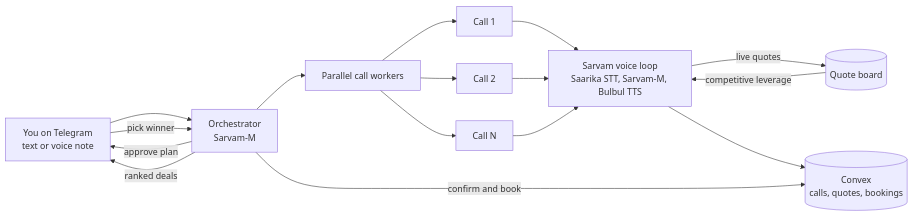
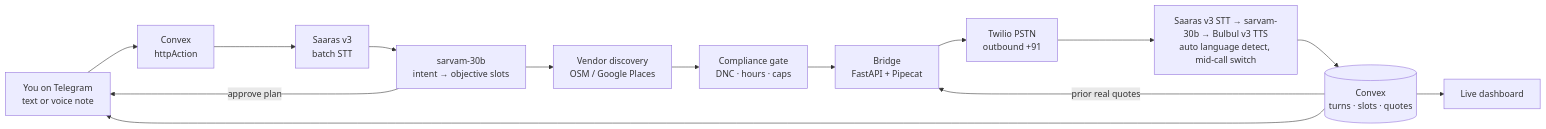
The diagram in README.md (Aniketvish0/bargain-voice-agent), drawn with Mermaid before and after one commit. The commit also changed other lines of this file and 8 other files, not shown here.

````diff
--- a/README.md
+++ b/README.md
@@ -54,18 +53,16 @@
 ```mermaid
 flowchart LR
-    U["You on Telegram<br/>text or voice note"] --> ORC["Orchestrator<br/>Sarvam-M"]
-    ORC -->|"approve plan"| U
-    ORC --> Q["Parallel call workers"]
-    Q --> C1["Call 1"]
-    Q --> C2["Call 2"]
-    Q --> C3["Call N"]
-    C1 --> V["Sarvam voice loop<br/>Saarika STT, Sarvam-M, Bulbul TTS"]
-    C2 --> V
-    C3 --> V
-    V -->|"live quotes"| QB[("Quote board")]
-    QB -->|"competitive leverage"| V
-    V --> DB[("Convex<br/>calls, quotes, bookings")]
-    ORC -->|"ranked deals"| U
-    U -->|"pick winner"| ORC
-    ORC -->|"confirm and book"| DB
+    U["You on Telegram<br/>text or voice note"] --> CV["Convex<br/>httpAction"]
+    CV --> STT1["Saaras v3<br/>batch STT"]
+    STT1 --> INT["sarvam-30b<br/>intent → objective slots"]
+    INT -->|"approve plan"| U
+    INT --> DISC["Vendor discovery<br/>OSM / Google Places"]
+    DISC --> GATE["Compliance gate<br/>DNC · hours · caps"]
+    GATE --> BR["Bridge<br/>FastAPI + Pipecat"]
+    BR --> TW["Twilio PSTN<br/>outbound +91"]
+    TW --> LOOP["Saaras v3 STT → sarvam-30b → Bulbul v3 TTS<br/>auto language detect, mid-call switch"]
+    LOOP --> CV2[("Convex<br/>turns · slots · quotes")]
+    CV2 -->|"prior real quotes"| BR
+    CV2 --> DASH["Live dashboard"]
+    CV2 --> U
 ```
````
